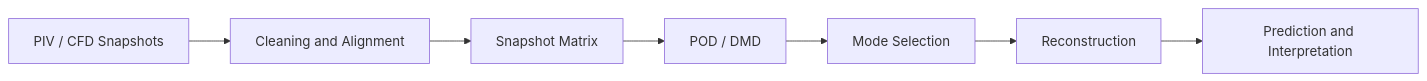
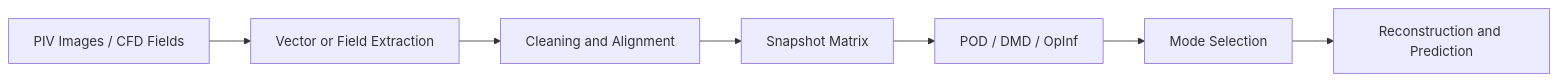
Before and after one commit to islam-md-didarul/mechanical-cfd-ai-research-hub: the diagram in project-guides/piv-rom.md, drawn with Mermaid. The commit also changed other lines of this file and 20 other files, not shown here.

````diff
--- a/project-guides/piv-rom.md
+++ b/project-guides/piv-rom.md
@@ -7,9 +7,9 @@
 ```mermaid
 flowchart LR
-    A["PIV / CFD Snapshots"] --> B["Cleaning and Alignment"]
-    B --> C["Snapshot Matrix"]
-    C --> D["POD / DMD"]
-    D --> E["Mode Selection"]
-    E --> F["Reconstruction"]
-    F --> G["Prediction and Interpretation"]
+    A["PIV Images / CFD Fields"] --> B["Vector or Field Extraction"]
+    B --> C["Cleaning and Alignment"]
+    C --> D["Snapshot Matrix"]
+    D --> E["POD / DMD / OpInf"]
+    E --> F["Mode Selection"]
+    F --> G["Reconstruction and Prediction"]
 ```
````
